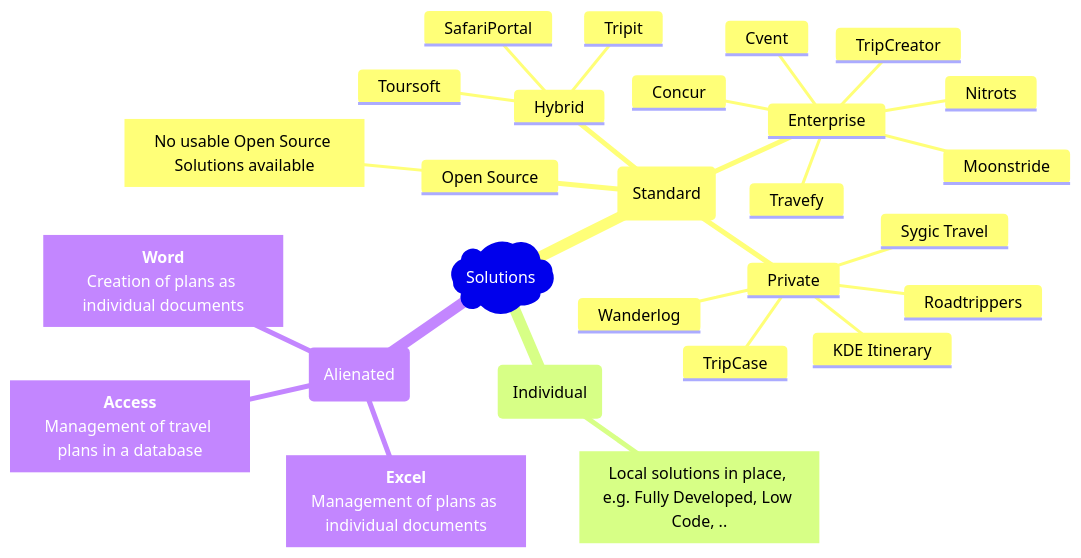
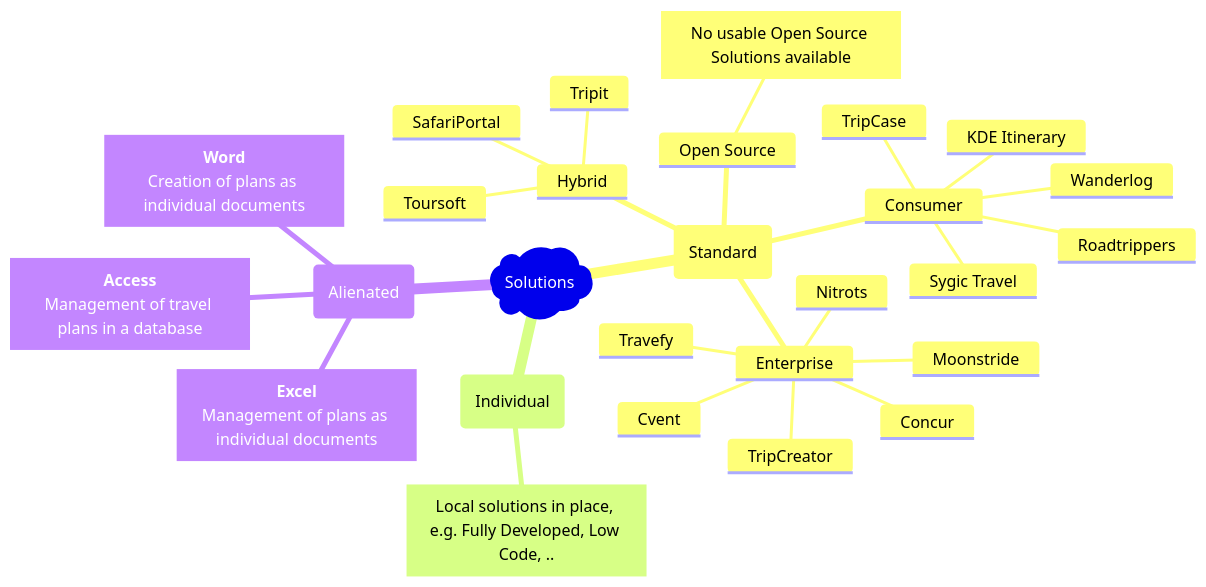
Before and after one commit to OSSTRA/Market-Evaluation: the diagram in README.md, drawn with Mermaid.

````diff
--- a/README.md
+++ b/README.md
@@ -3,33 +3,33 @@
 ```mermaid
 mindmap
   root)Solutions(
     (Standard)
-        Private
+        Consumer
             Roadtrippers
             Wanderlog
             KDE Itinerary
             Sygic Travel
             TripCase
         Enterprise
             Concur
             Nitrots
             TripCreator
             Travefy
             Moonstride
             Cvent
         Hybrid
             Tripit
             Toursoft
             SafariPortal
         Open Source
             OpenSource2["`No usable Open Source Solutions available`"]
     (Individual)
         Individual2["`Local solutions in place, e.g. Fully Developed, Low Code, ..`"]
     (Alienated)
         Excel["`**Excel**
         Management of plans as individual documents`"]
         Access["`**Access**
         Management of travel plans in a database`"]
         word["`**Word**
         Creation of plans as individual documents`"]
 ```
````
